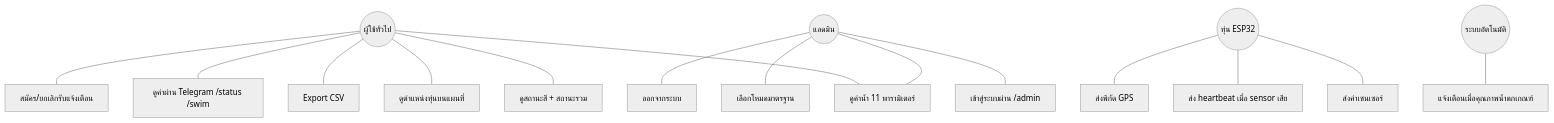
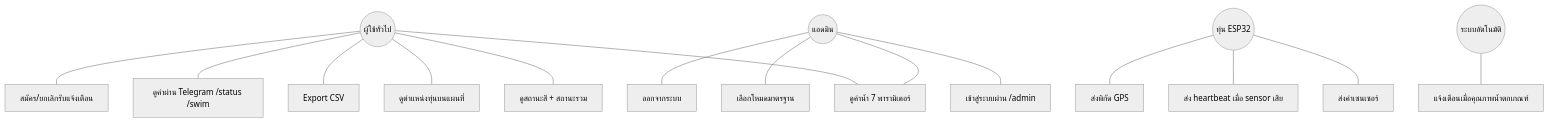
One commit to MERMAX04/Real-time-Marine-Water-Quality-Monitoring-Buoy-System changed the fifth of 10 diagrams in 5-extensions/07-thesis-chapters.md. Above: the diagram before and after it, drawn with Mermaid (neutral theme). The commit also changed other lines of this file and 11 other files, not shown here.

````diff
--- a/5-extensions/07-thesis-chapters.md
+++ b/5-extensions/07-thesis-chapters.md
@@ -114,25 +114,25 @@
 ```mermaid
 flowchart TB
   U((ผู้ใช้ทั่วไป))
   A((แอดมิน))
   B((ทุ่น ESP32))
   SYS((ระบบอัตโนมัติ))
 
-  U --- UC1[ดูค่าน้ำ 11 พารามิเตอร์]
+  U --- UC1[ดูค่าน้ำ 7 พารามิเตอร์]
   U --- UC2[ดูสถานะสี + สถานะรวม]
   U --- UC3[ดูตำแหน่งทุ่นบนแผนที่]
   U --- UC4[Export CSV]
   U --- UC5[ดูค่าผ่าน Telegram /status /swim]
   U --- UC6[สมัคร/ยกเลิกรับแจ้งเตือน]
 
   A --- UC1
   A --- UC7[เข้าสู่ระบบผ่าน /admin]
   A --- UC8[เลือกโหมดมาตรฐาน]
   A --- UC9[ออกจากระบบ]
 
   B --- UC10[ส่งค่าเซนเซอร์]
   B --- UC11[ส่ง heartbeat เมื่อ sensor เสีย]
   B --- UC12[ส่งพิกัด GPS]
 
   SYS --- UC13[แจ้งเตือนเมื่อคุณภาพน้ำตกเกณฑ์]
 ```
````
